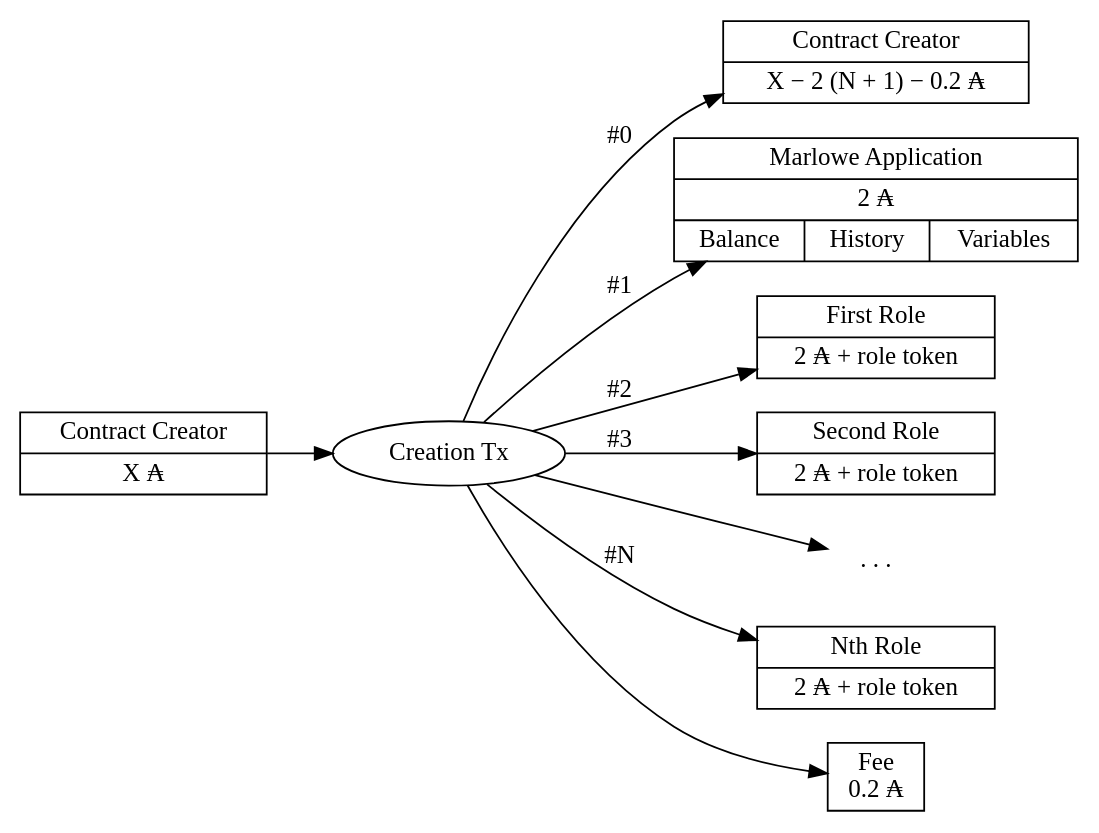
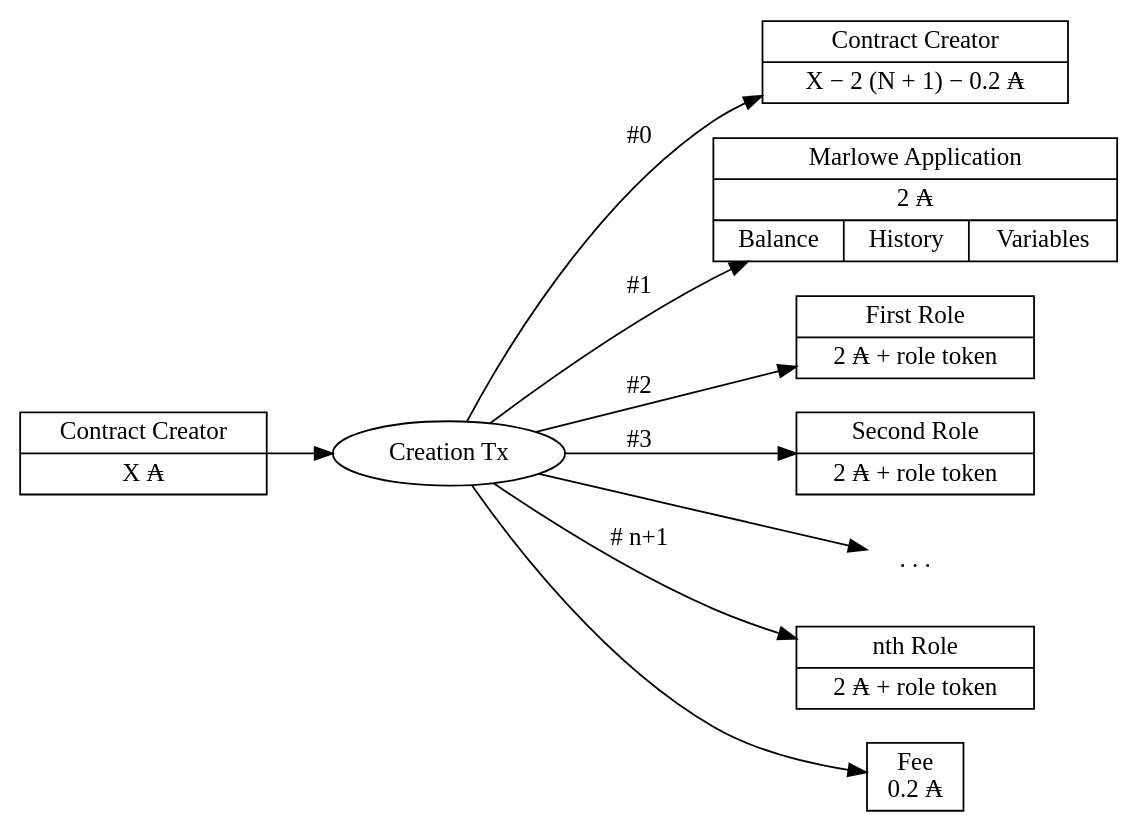
One commit to input-output-hk/real-world-marlowe changed the diagram in diagrams/create.dot. Above: the diagram before and after it, drawn with Graphviz. The commit also changed 14 other files, not shown here.

Commit message:
SCP-3691 Tweaked diagrams.

```diff
--- a/diagrams/create.dot
+++ b/diagrams/create.dot
@@ -1,51 +1,51 @@
 digraph Create {
 
 rankdir=LR
 
 node [shape=record]
 
 
 Tx0_Creator [label="Contract Creator|X ₳"]
 
 
 Tx1 [shape=oval label="Creation Tx"]
 
 Tx0_Creator -> Tx1
 
 
 Tx1_0 [label="Contract Creator|X − 2 (N + 1) − 0.2 ₳"]
 
 Tx1 -> Tx1_0 [label="#0"]
 
 
 Tx1_1 [label="Marlowe Application|2 ₳|{Balance|History|Variables}"]
 
 Tx1 -> Tx1_1 [label="#1"]
 
 
 Tx1_2 [label="First Role|2 ₳ + role token"]
 
 Tx1 -> Tx1_2 [label="#2"]
 
 
 Tx1_3 [label="Second Role|2 ₳ + role token"]
 
 Tx1 -> Tx1_3 [label="#3"]
 
 
 Tx1_Ditto [shape=none label= ". . ."]
 
 Tx1 -> Tx1_Ditto
 
 
-Tx1_N [label="Nth Role|2 ₳ + role token"]
+Tx1_N [label="nth Role|2 ₳ + role token"]
 
-Tx1 -> Tx1_N [label="#N"]
+Tx1 -> Tx1_N [label="# n+1"]
 
 
 Tx1_Fee [label="Fee\n0.2 ₳"]
 
 Tx1 -> Tx1_Fee
 
 
 }
```
